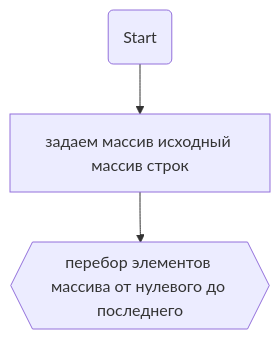
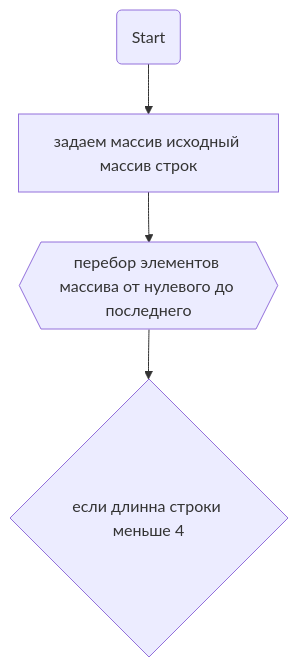
The diagram in README.md (Adalberto777/FinalTestWork), drawn with Mermaid before and after one commit.

Commit message:
block diagram

````diff
--- a/README.md
+++ b/README.md
@@ -14,4 +14,4 @@
 ```mermaid
   graph TB;       
-    node2(Start)  --> node1[задаем массив исходный массив строк] --> node9{{перебор элементов массива от нулевого до последнего}}
+    node2(Start)  --> node1[задаем массив исходный массив строк] --> node9{{перебор элементов массива от нулевого до последнего}} --> node8{если длинна строки меньше 4}
 ```
````
